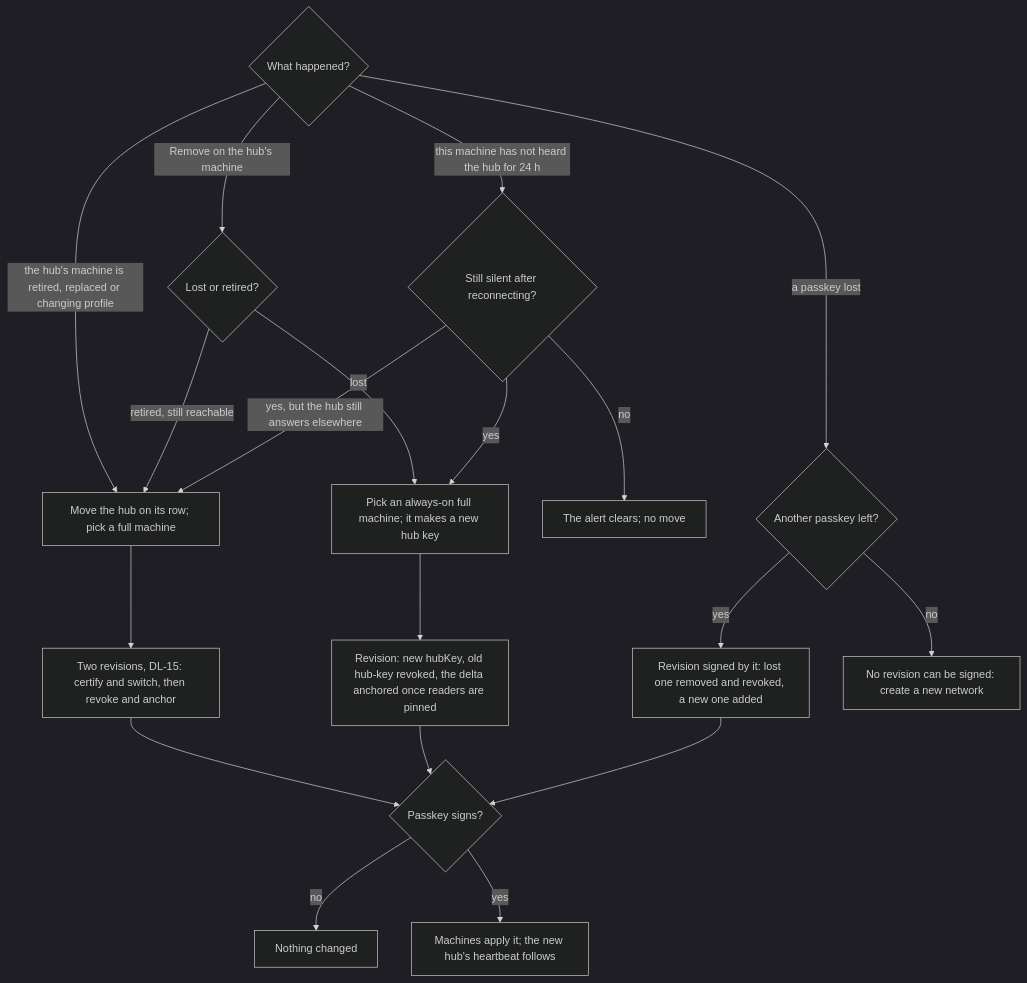
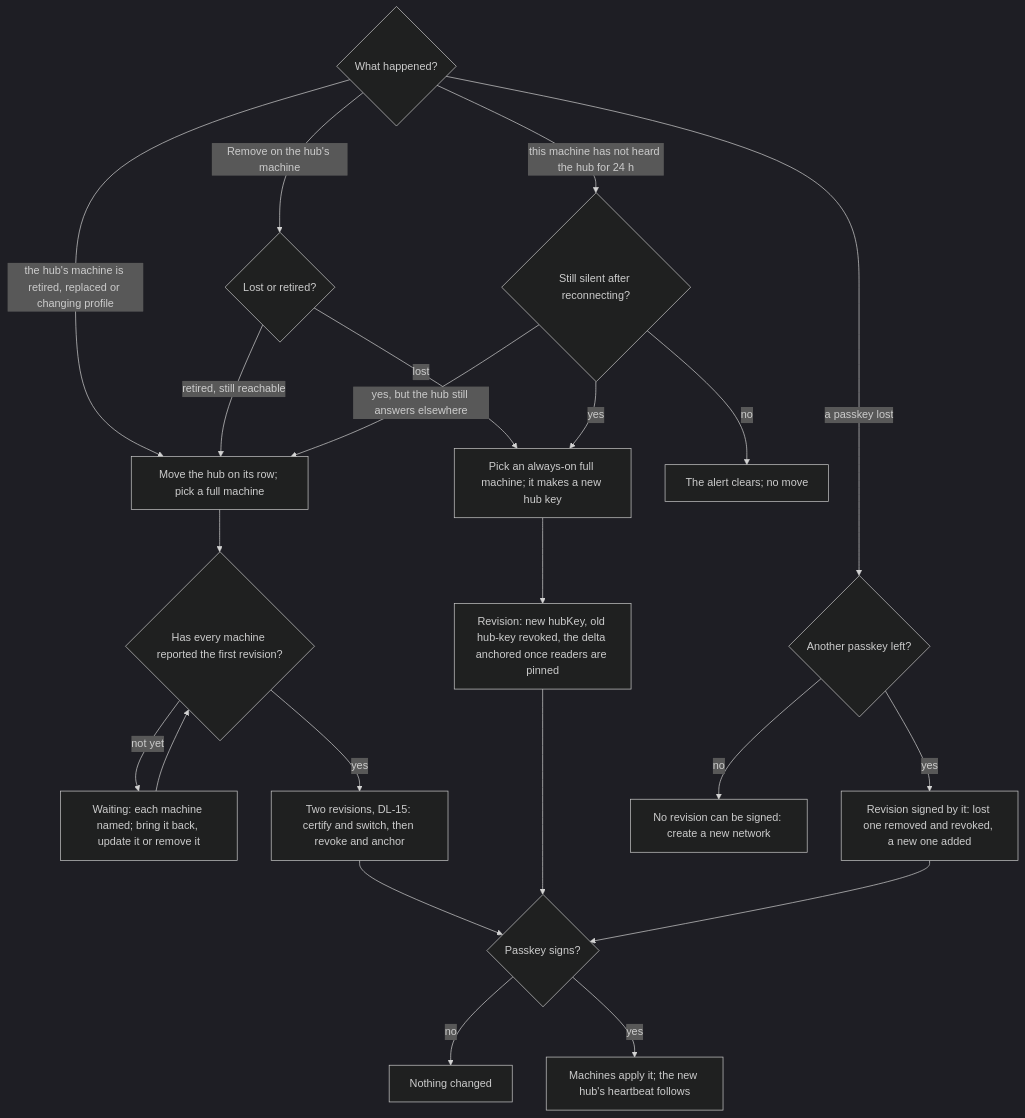
Before and after one commit to passioncode-ai/fabric-agent-contract: diagram 27 of 34 in docs/ux/flows.md, drawn with Mermaid (dark theme). The commit also changed other lines of this file and 11 other files, not shown here.

````diff
--- a/docs/ux/flows.md
+++ b/docs/ux/flows.md
@@ -662,21 +662,24 @@
 ```mermaid
 flowchart TD
   A{What happened?} -->|the hub's machine is retired, replaced or changing profile| L[Move the hub on its row; pick a full machine]
   A -->|Remove on the hub's machine| K{Lost or retired?}
   K -->|retired, still reachable| L
   K -->|lost| M
-  L --> T[Two revisions, DL-15: certify and switch, then revoke and anchor]
+  L --> W{Has every machine reported the first revision?}
+  W -->|not yet| V[Waiting: each machine named; bring it back, update it or remove it]
+  V --> W
+  W -->|yes| T[Two revisions, DL-15: certify and switch, then revoke and anchor]
   T --> S
   A -->|this machine has not heard the hub for 24 h| C{Still silent after reconnecting?}
   C -->|no| Z[The alert clears; no move]
   C -->|yes, but the hub still answers elsewhere| L
   C -->|yes| M[Pick an always-on full machine; it makes a new hub key]
   M --> R[Revision: new hubKey, old hub-key revoked, the delta anchored once readers are pinned]
   A -->|a passkey lost| P{Another passkey left?}
   P -->|yes| Q[Revision signed by it: lost one removed and revoked, a new one added]
   P -->|no| N[No revision can be signed: create a new network]
   R --> S{Passkey signs?}
   Q --> S
   S -->|no| X[Nothing changed]
   S -->|yes| D[Machines apply it; the new hub's heartbeat follows]
 ```
````
